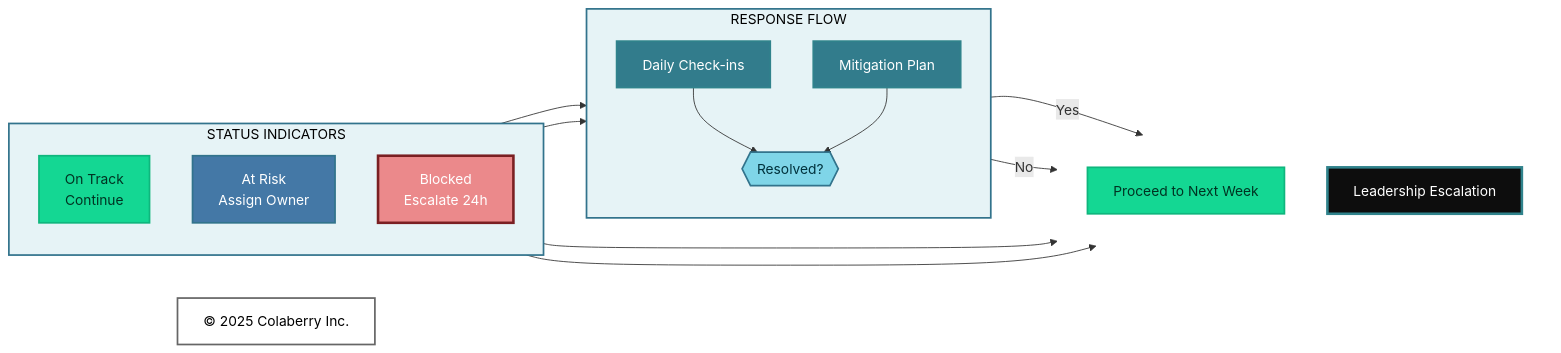
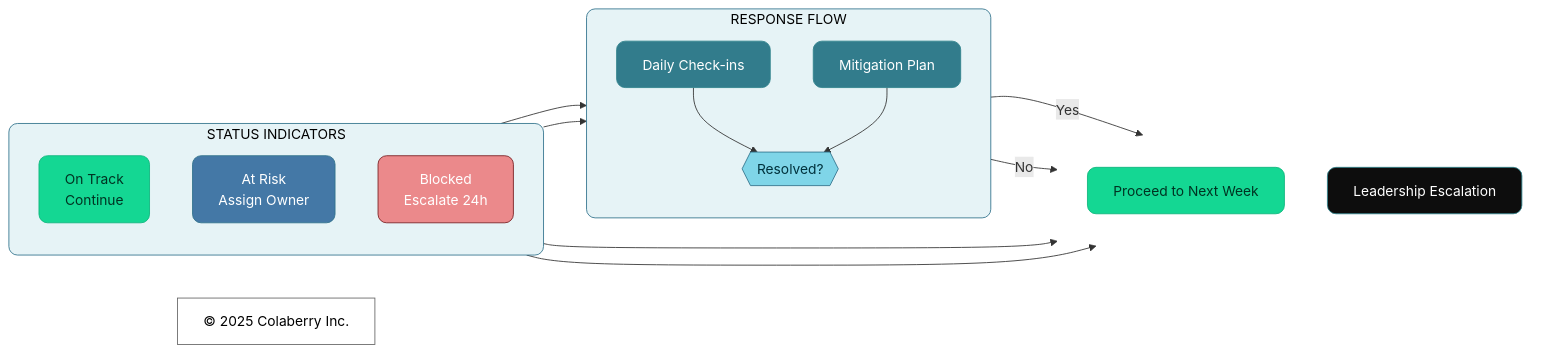
Before and after one commit to colaberry/trust-before-intelligence-book: the third of 7 diagrams in manuscript/11_chapter_10_week_by_week_implementation.md, drawn with Mermaid. The commit also changed other lines of this file and 12 other files, not shown here.

````diff
--- a/manuscript/11_chapter_10_week_by_week_implementation.md
+++ b/manuscript/11_chapter_10_week_by_week_implementation.md
@@ -226,48 +226,48 @@
 ```mermaid
 
 graph LR
     subgraph STATUS["STATUS INDICATORS"]
         direction TB
         GREEN["On Track<br/>Continue"]
         YELLOW["At Risk<br/>Assign Owner"]
         RED["Blocked<br/>Escalate 24h"]
     end
     
     subgraph ACTIONS["RESPONSE FLOW"]
         direction TB
         R1["Daily Check-ins"]
         R2["Mitigation Plan"]
         RESOLVED{{"Resolved?"}}
         R1 --> RESOLVED
         R2 --> RESOLVED
     end
     
     subgraph OUTCOMES[" "]
         direction TB
         CONTINUE["Proceed to Next Week"]
         ESCALATE["Leadership Escalation"]
     end
     
     Copyright["© 2025 Colaberry Inc."]
     
     GREEN --> CONTINUE
     YELLOW --> R1
     YELLOW --> R2
     RED --> ESCALATE
     RESOLVED -->|"Yes"| CONTINUE
     RESOLVED -->|"No"| ESCALATE
     
-    style STATUS fill:#E6F3F6,stroke:#32738C,stroke-width:2px,color:#000000
-    style ACTIONS fill:#E6F3F6,stroke:#32738C,stroke-width:2px,color:#000000
-    style OUTCOMES fill:none,stroke:none
-    style GREEN fill:#14D793,stroke:#0FB67D,stroke-width:2px,color:#003322
-    style YELLOW fill:#4478A6,stroke:#32738C,stroke-width:2px,color:#ffffff
-    style RED fill:#EB898B,stroke:#7A1F22,stroke-width:3px,color:#ffffff
-    style R1 fill:#327C8C,stroke:#30838C,stroke-width:2px,color:#ffffff
-    style R2 fill:#327C8C,stroke:#30838C,stroke-width:2px,color:#ffffff
-    style RESOLVED fill:#7FD5E8,stroke:#32738C,stroke-width:2px,color:#00323D
-    style CONTINUE fill:#14D793,stroke:#0FB67D,stroke-width:2px,color:#003322
-    style ESCALATE fill:#0D0D0D,stroke:#30838C,stroke-width:3px,color:#ffffff
-    style Copyright fill:#ffffff,stroke:#666666,stroke-width:2px,color:#000000
+    style STATUS fill:#E6F3F6,stroke:#32738C,stroke-width:1px,color:#000000,rx:10,ry:10
+    style ACTIONS fill:#E6F3F6,stroke:#32738C,stroke-width:1px,color:#000000,rx:10,ry:10
+    style OUTCOMES fill:none,stroke:none,rx:10,ry:10
+    style GREEN fill:#14D793,stroke:#0FB67D,stroke-width:1px,color:#003322,rx:10,ry:10
+    style YELLOW fill:#4478A6,stroke:#32738C,stroke-width:1px,color:#ffffff,rx:10,ry:10
+    style RED fill:#EB898B,stroke:#7A1F22,stroke-width:1px,color:#ffffff,rx:10,ry:10
+    style R1 fill:#327C8C,stroke:#30838C,stroke-width:1px,color:#ffffff,rx:10,ry:10
+    style R2 fill:#327C8C,stroke:#30838C,stroke-width:1px,color:#ffffff,rx:10,ry:10
+    style RESOLVED fill:#7FD5E8,stroke:#32738C,stroke-width:1px,color:#00323D,rx:10,ry:10
+    style CONTINUE fill:#14D793,stroke:#0FB67D,stroke-width:1px,color:#003322,rx:10,ry:10
+    style ESCALATE fill:#0D0D0D,stroke:#30838C,stroke-width:1px,color:#ffffff,rx:10,ry:10
+    style Copyright fill:none,stroke:#666666,stroke-width:1px,color:#000000
 
 ```
````
